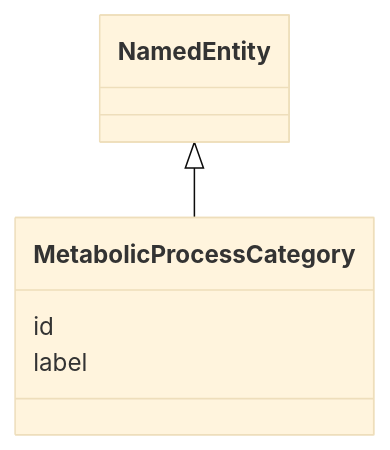
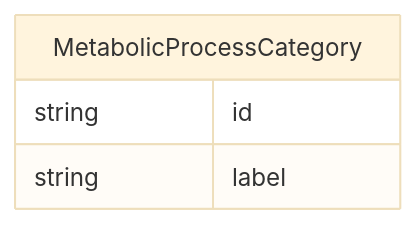
One commit to monarch-initiative/ontogpt changed the diagram in docs/metabolic_process/MetabolicProcessCategory.md. Above: the diagram before and after it, drawn with Mermaid (base theme). The commit also changed 187 other files, not shown here.

````diff
--- a/docs/metabolic_process/MetabolicProcessCategory.md
+++ b/docs/metabolic_process/MetabolicProcessCategory.md
@@ -8,9 +8,10 @@
 ```mermaid
- classDiagram
-    class MetabolicProcessCategory
-      NamedEntity <|-- MetabolicProcessCategory
-      
-      MetabolicProcessCategory : id
-      MetabolicProcessCategory : label
-      
+erDiagram
+MetabolicProcessCategory {
+    string id  
+    string label  
+}
+
+
+
 ```
````
